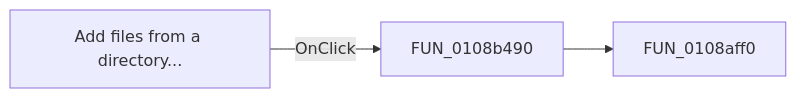
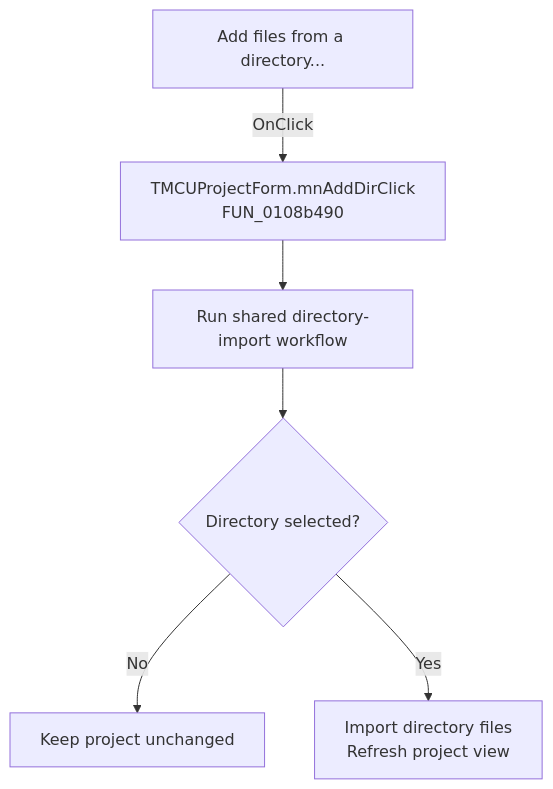
The diagram in docs/ui-controls/mcuprojectform/mnadddir-ccf1f5bb11.md (MovGP0/TIARA), drawn with Mermaid before and after one commit. The commit also changed other lines of this file and 1062 other files, not shown here.

````diff
--- a/docs/ui-controls/mcuprojectform/mnadddir-ccf1f5bb11.md
+++ b/docs/ui-controls/mcuprojectform/mnadddir-ccf1f5bb11.md
@@ -27,5 +27,8 @@
 ```mermaid
-flowchart LR
-    control["Add files from a directory..."] -->|OnClick| handler["FUN_0108b490"]
-    handler --> call1["FUN_0108aff0"]
+flowchart TD
+    control["Add files from a directory..."] -->|OnClick| handler["TMCUProjectForm.mnAddDirClick<br/>FUN_0108b490"]
+    handler --> directory["Run shared directory-import workflow"]
+    directory --> accepted{"Directory selected?"}
+    accepted -->|No| noOp["Keep project unchanged"]
+    accepted -->|Yes| import["Import directory files<br/>Refresh project view"]
 ```
````
